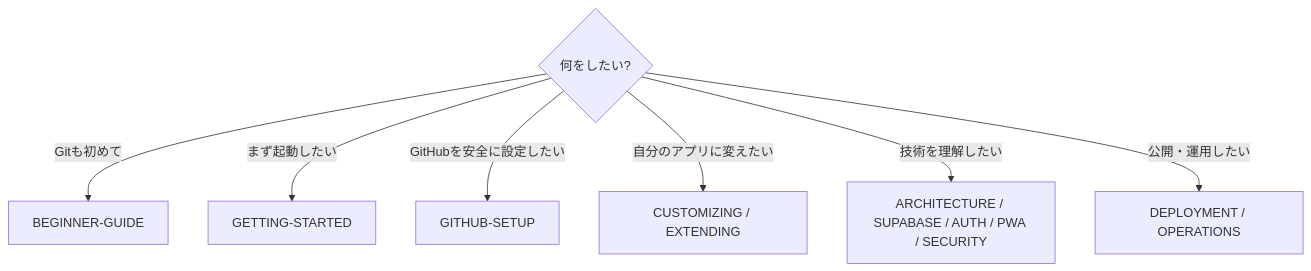
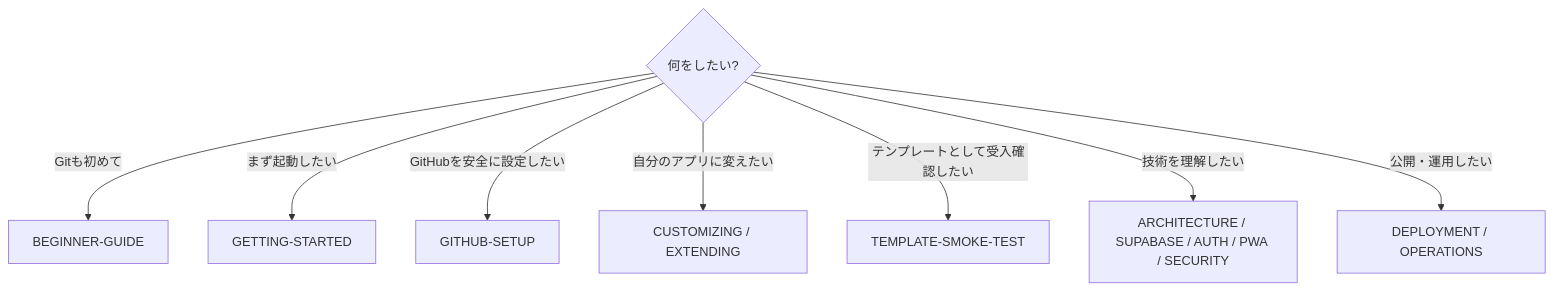
The fourth of 4 diagrams in README.md (k-systems202208/nextjs-supabase-vercel-webapp-template), drawn with Mermaid before and after one commit. The commit also changed other lines of this file and 4 other files, not shown here.

````diff
--- a/README.md
+++ b/README.md
@@ -165,10 +166,11 @@
 ```mermaid
 flowchart TD
     Q{"何をしたい?"}
     Q -->|"Gitも初めて"| B["BEGINNER-GUIDE"]
     Q -->|"まず起動したい"| G["GETTING-STARTED"]
     Q -->|"GitHubを安全に設定したい"| H["GITHUB-SETUP"]
     Q -->|"自分のアプリに変えたい"| C["CUSTOMIZING / EXTENDING"]
+    Q -->|"テンプレートとして受入確認したい"| S["TEMPLATE-SMOKE-TEST"]
     Q -->|"技術を理解したい"| A["ARCHITECTURE / SUPABASE / AUTH / PWA / SECURITY"]
     Q -->|"公開・運用したい"| O["DEPLOYMENT / OPERATIONS"]
 ```
````
